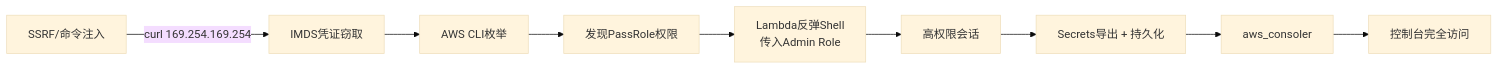
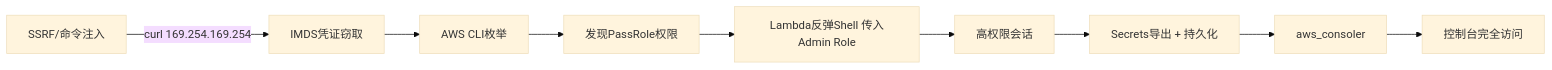
One commit to congliang/congliang.github.io changed the fourth of 4 diagrams in source/_posts/Cloud-AWS-EC2-IAM.md. Above: the diagram before and after it, drawn with Mermaid (base theme). The commit also changed other lines of this file and 139 other files, not shown here.

````diff
--- a/source/_posts/Cloud-AWS-EC2-IAM.md
+++ b/source/_posts/Cloud-AWS-EC2-IAM.md
@@ -294,11 +295,11 @@
 ```mermaid
 flowchart LR
     A[SSRF/命令注入] -->|curl 169.254.169.254| B[IMDS凭证窃取]
     B --> C[AWS CLI枚举]
     C --> D[发现PassRole权限]
-    D --> E[Lambda反弹Shell<br>传入Admin Role]
+    D --> E[Lambda反弹Shell 传入Admin Role]
     E --> F[高权限会话]
     F --> G[Secrets导出 + 持久化]
     G --> H[aws_consoler]
     H --> I[控制台完全访问]
 ```
````
